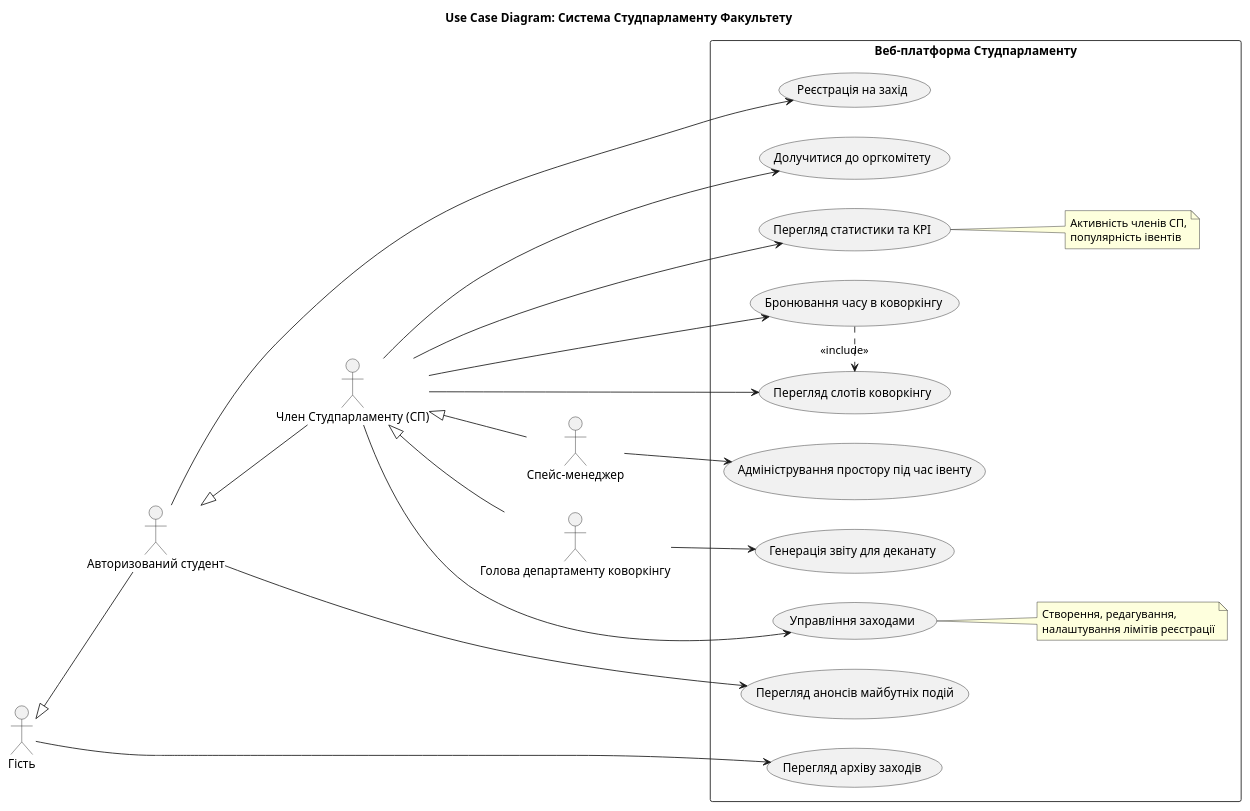
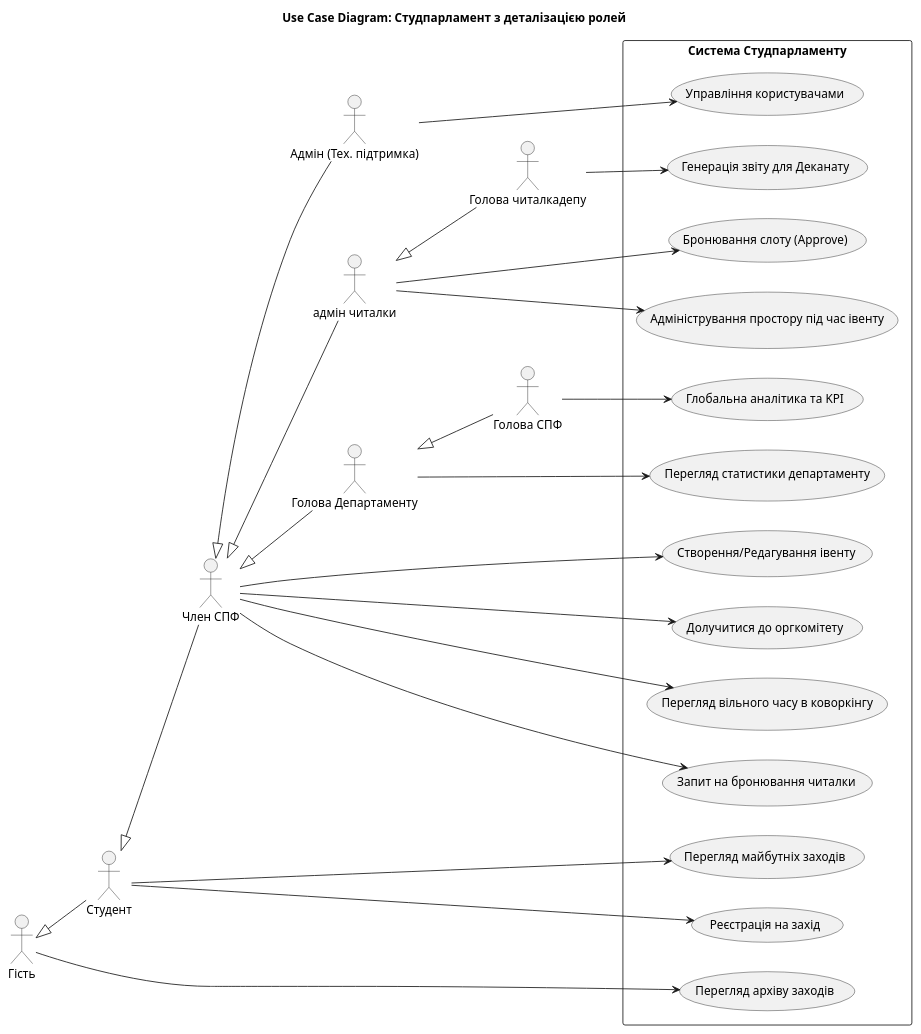
Before and after one commit to Pichus/isttp_lab1: the diagram in docs/usecase.plantuml, drawn with PlantUML.

Commit message:
add new details to the digram

```diff
--- a/docs/usecase.plantuml
+++ b/docs/usecase.plantuml
@@ -1,80 +1,103 @@
 @startuml Student parliament website
-title Use Case Diagram: Система Студпарламенту Факультету
+title Use Case Diagram: Студпарламент з деталізацією ролей
 left to right direction
 skinparam packageStyle rectangle
 
-' --- ACTORS (АКТОРИ) ---
-' Використовуємо спадкування (Generalization), щоб не дублювати зв'язки.
-' Студент вміє все, що Гість + своє.
-' Член СП вміє все, що Студент + своє.
+' --- ACTORS ---
 
 actor "Гість" as Guest
-actor "Авторизований студент" as Student
-actor "Член Студпарламенту (СП)" as SPMember
-actor "Спейс-менеджер" as SpaceManager
-actor "Голова департаменту коворкінгу" as HeadCoworking
+actor "Студент" as Student
+actor "Член СПФ" as SPMember
+actor "Адмін (Тех. підтримка)" as Admin
 
-' Ієрархія акторів
+' Специфічні ролі департаментів
+actor "адмін читалки" as SpaceMember
+actor "Голова Департаменту" as DeptHead
+actor "Голова читалкадепу" as CoworkingHead
+actor "Голова СПФ" as SPHead
+
+' --- HIERARCHY (СПАДКУВАННЯ) ---
+
+' Студент може все, що Гість
 Guest <|-- Student
+
+' Член СПФ - це студент з розширеними правами
 Student <|-- SPMember
-SPMember <|-- SpaceManager
-SPMember <|-- HeadCoworking
 
-' --- USE CASES (ВАРІАНТИ ВИКОРИСТАННЯ) ---
-package "Веб-платформа Студпарламенту" {
-    
-    ' Блок для всіх (Гості +)
+' Адмін теж студент, але має тех права (або можна зробити окремо)
+SPMember <|-- Admin
+
+' адмін читалки - це Член СПФ + функції коворкінгу
+SPMember <|-- SpaceMember
+
+' Голова деп - це Член СПФ + менеджмент
+SPMember <|-- DeptHead
+
+' Голова СПФ - це як голова департаменту, але найголовніший
+DeptHead <|-- SPHead
+
+' Голова коворкінгу - унікальний випадок.
+' Він має вміти все, що адмін читалки (бронювання), 
+' і все, що Голова (звітність).
+SpaceMember <|-- CoworkingHead
+
+' --- USE CASES ---
+
+package "Система Студпарламенту" {
+
+    ' --- БЛОК 1: ЗАГАЛЬНЕ ---
     usecase "Перегляд архіву заходів" as UC_ViewPast
-
-    ' Блок для Студентів
-    usecase "Перегляд анонсів майбутніх подій" as UC_ViewFuture
+    usecase "Перегляд майбутніх заходів" as UC_ViewFuture
     usecase "Реєстрація на захід" as UC_Register
 
-    ' Блок для Членів СП (Заходи та Аналітика)
-    usecase "Управління заходами" as UC_ManageEvent
-    note right of UC_ManageEvent
-      Створення, редагування,
-      налаштування лімітів реєстрації
-    end note
+    ' --- БЛОК 2: ФУНКЦІОНАЛ ЧЛЕНА СПФ (Будь-який деп) ---
+    usecase "Створення/Редагування івенту" as UC_CreateEvent
+    usecase "Долучитися до оргкомітету" as UC_JoinOrg
+    usecase "Перегляд вільного часу в коворкінгу" as UC_ViewSlots 
+    usecase "Запит на бронювання читалки" as UC_BookSlotRequest
     
-    usecase "Долучитися до оргкомітету" as UC_JoinOrgTeam
-    usecase "Перегляд статистики та KPI" as UC_ViewStats
-    note right of UC_ViewStats
-      Активність членів СП,
-      популярність івентів
-    end note
+    ' --- БЛОК 3: КОВОРКІНГ ДЕПАРТАМЕНТ (адмін читалкии) ---
+    usecase "Бронювання слоту (Approve)" as UC_BookSlot
+    usecase "Адміністрування простору під час івенту" as UC_SpaceAdmin
 
-    ' Блок Коворкінг (Бронювання)
-    usecase "Перегляд слотів коворкінгу" as UC_ViewSlots
-    usecase "Бронювання часу в коворкінгу" as UC_BookSlot
+    ' --- БЛОК 4: КЕРІВНИЦТВО (Голови) ---
+    usecase "Перегляд статистики департаменту" as UC_DeptStats
+    usecase "Генерація звіту для Деканату" as UC_DeanReport
+    usecase "Глобальна аналітика та KPI" as UC_GlobalStats
 
-    ' Специфічні дії менеджерів
-    usecase "Адміністрування простору під час івенту" as UC_EventAdmin
-    usecase "Генерація звіту для деканату" as UC_DeanReport
+    ' --- БЛОК 5: АДМІНІСТРАТОР ---
+    usecase "Управління користувачами" as UC_ManageUsers
 }
 
-' --- RELATIONSHIPS (ЗВ'ЯЗКИ) ---
+' --- ЗВ'ЯЗКИ ---
 
 ' Гість
 Guest --> UC_ViewPast
 
-' Студент (має доступ до того ж, що і гість через спадкування)
+' Студент
 Student --> UC_ViewFuture
 Student --> UC_Register
 
-' Член СП
-SPMember --> UC_ManageEvent
-SPMember --> UC_JoinOrgTeam
+' Член СПФ (Базовий функціонал активіста)
+SPMember --> UC_CreateEvent
+SPMember --> UC_JoinOrg
 SPMember --> UC_ViewSlots
-SPMember --> UC_BookSlot
-SPMember --> UC_ViewStats
+SPMember --> UC_BookSlotRequest
 
-' Специфічні ролі
-SpaceManager --> UC_EventAdmin
-HeadCoworking --> UC_DeanReport
+' адмін читалки (Специфіка коворкінгу)
+SpaceMember --> UC_BookSlot
+SpaceMember --> UC_SpaceAdmin
 
-' Логічні залежності між кейсами
-' Щоб забронювати, треба спочатку глянути слоти (бізнес-логіка)
-UC_BookSlot .> UC_ViewSlots : <<include>>
+' Голова Департаменту (Загальний)
+DeptHead --> UC_DeptStats
+
+' Голова Коворкінгу (Специфічний звіт)
+CoworkingHead --> UC_DeanReport
+
+' Голова СПФ
+SPHead --> UC_GlobalStats
+
+' Адмін
+Admin --> UC_ManageUsers
 
 @enduml
```
